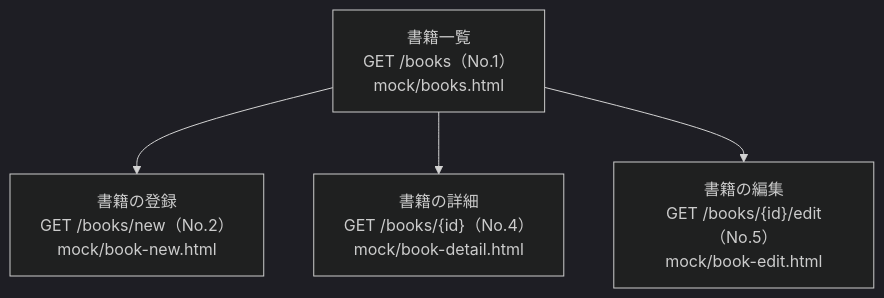
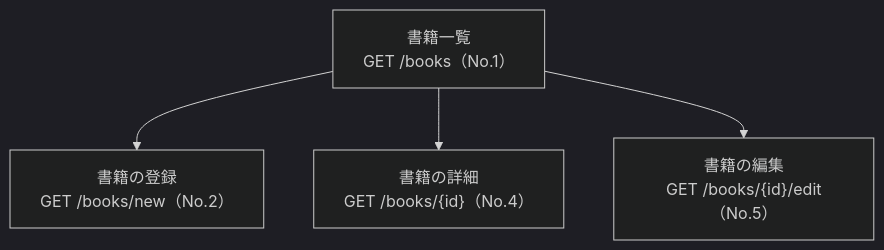
The first of 4 diagrams in books-documents/screen-flow.md (yuracode/simple-springboot), drawn with Mermaid (dark theme) before and after one commit. The commit also changed other lines of this file and 5 other files, not shown here.

````diff
--- a/books-documents/screen-flow.md
+++ b/books-documents/screen-flow.md
@@ -14,11 +14,11 @@
 ```mermaid
 flowchart TD
-    list["書籍一覧<br>GET /books（No.1）<br>mock/books.html"]
-    new["書籍の登録<br>GET /books/new（No.2）<br>mock/book-new.html"]
-    detail["書籍の詳細<br>GET /books/{id}（No.4）<br>mock/book-detail.html"]
-    edit["書籍の編集<br>GET /books/{id}/edit（No.5）<br>mock/book-edit.html"]
+    list["書籍一覧<br>GET /books（No.1）"]
+    new["書籍の登録<br>GET /books/new（No.2）"]
+    detail["書籍の詳細<br>GET /books/{id}（No.4）"]
+    edit["書籍の編集<br>GET /books/{id}/edit（No.5）"]
 
     list --> new
     list --> detail
     list --> edit
 ```
````
